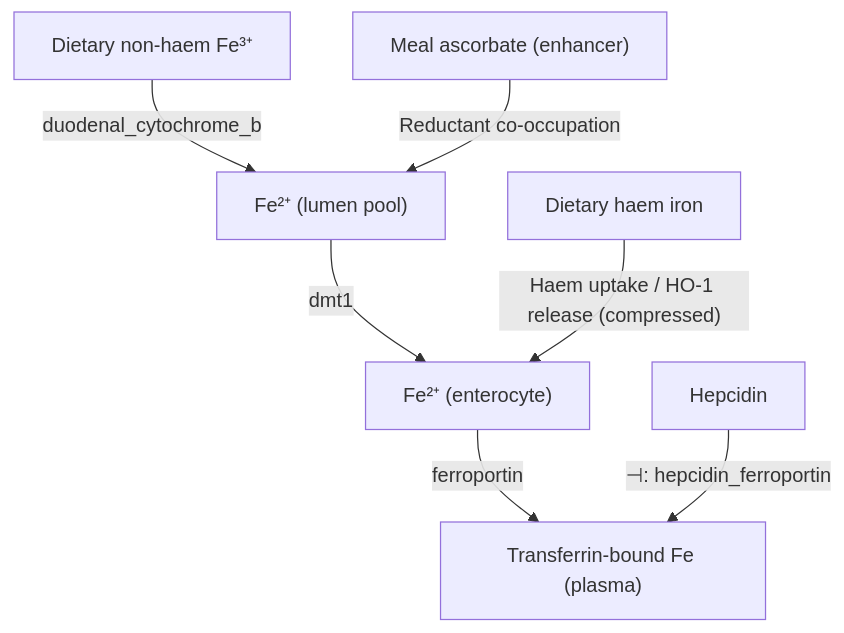
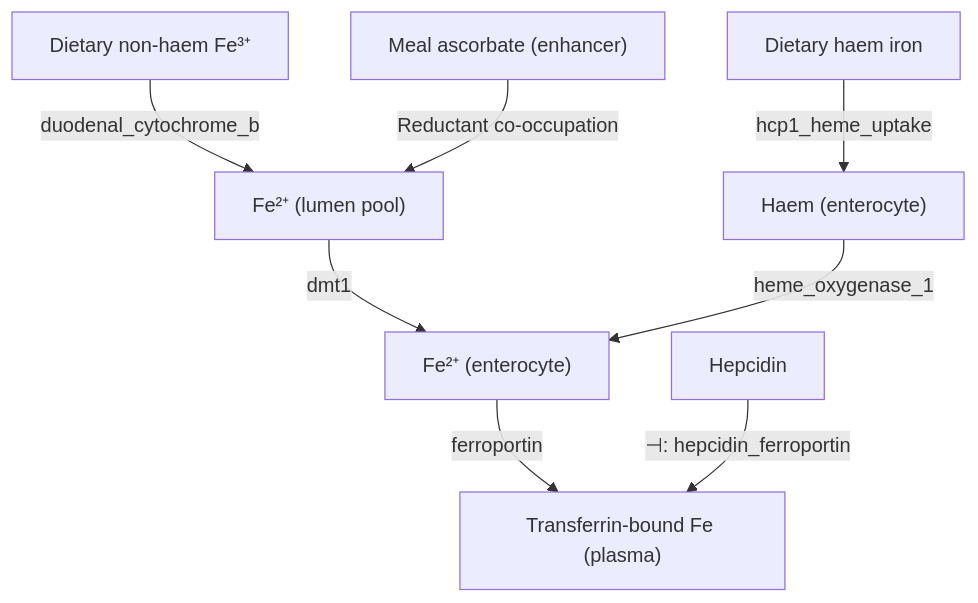
One commit to murffious/biology_as_code changed the diagram in src/biology_as_code/pathways/packs/iron_absorption/pathway.mermaid. Above: the diagram before and after it, drawn with Mermaid. The commit also changed 25 other files, not shown here.

Commit message:
feat: implement gut incretin network pathway with registry graph, mermaid visualization, and activity regulation logic

```diff
--- a/src/biology_as_code/pathways/packs/iron_absorption/pathway.mermaid
+++ b/src/biology_as_code/pathways/packs/iron_absorption/pathway.mermaid
@@ -1,21 +1,23 @@
 flowchart TD
   %% Auto-generated from registry pathway: iron_absorption
   %% Do not hand-edit; re-run scripts/export_pathway_packs.py
   %% Source: Iron homeostasis / ferroportin regulation (lactoferrin model): PMID 39005063 (https://pubmed.ncbi.nlm.nih.gov/39005063/).
   %% Source: DMT1 apical Fe²⁺ uptake — NCBI Gene SLC11A2: https://www.ncbi.nlm.nih.gov/gene/?term=SLC11A2
   %% Source: Ferroportin basolateral iron export — NCBI Gene SLC40A1: https://www.ncbi.nlm.nih.gov/gene/?term=SLC40A1
   %% Source: Hepcidin (HAMP) ⊣ ferroportin control point — NCBI Gene HAMP: https://www.ncbi.nlm.nih.gov/gene/?term=HAMP
   %% Source: Magnitude bounds live in iron UNIT / laws (Biology as Code).
   dietary_nonheme_fe3["Dietary non-haem Fe³⁺"]
   dietary_heme["Dietary haem iron"]
+  heme_enterocyte["Haem (enterocyte)"]
   fe2_lumen["Fe²⁺ (lumen pool)"]
   fe2_enterocyte["Fe²⁺ (enterocyte)"]
   plasma_transferrin_fe["Transferrin-bound Fe (plasma)"]
   hepcidin["Hepcidin"]
   ascorbate_meal["Meal ascorbate (enhancer)"]
   dietary_nonheme_fe3 -->|"duodenal_cytochrome_b"| fe2_lumen
   ascorbate_meal -->|"Reductant co-occupation"| fe2_lumen
   fe2_lumen -->|"dmt1"| fe2_enterocyte
+  dietary_heme -->|"hcp1_heme_uptake"| heme_enterocyte
+  heme_enterocyte -->|"heme_oxygenase_1"| fe2_enterocyte
   fe2_enterocyte -->|"ferroportin"| plasma_transferrin_fe
   hepcidin -->|"⊣: hepcidin_ferroportin"| plasma_transferrin_fe
-  dietary_heme -->|"Haem uptake / HO-1 release (compressed)"| fe2_enterocyte
```
